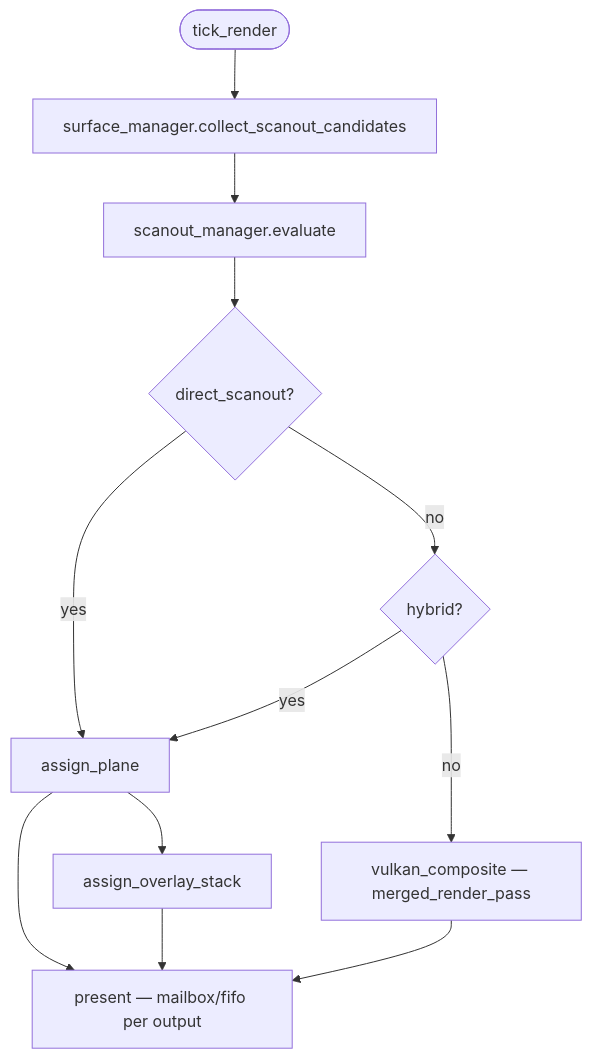
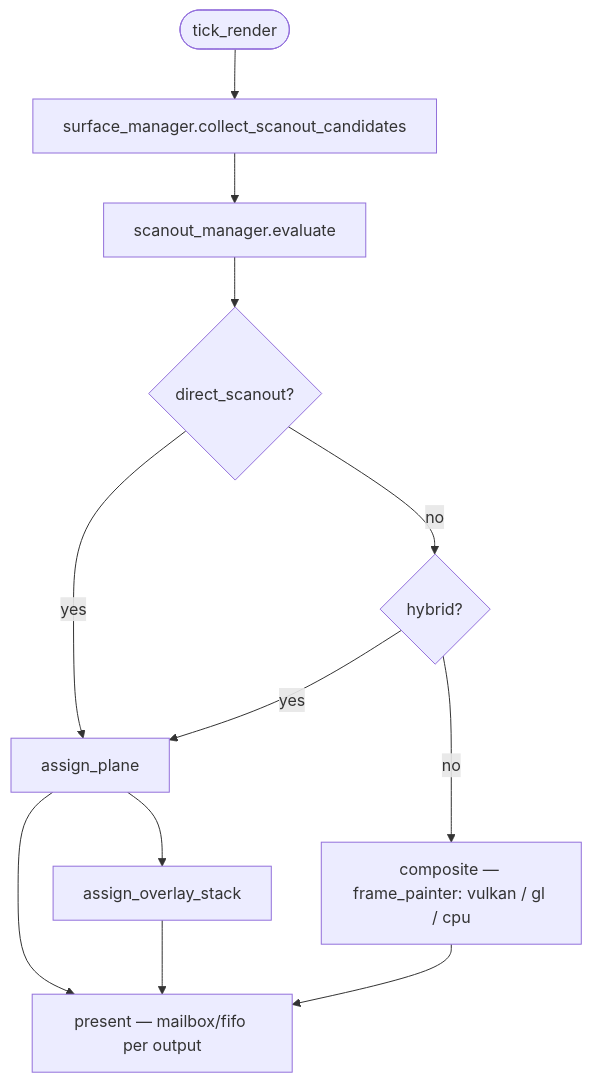
Before and after one commit to dimmus/lumen: the diagram in docs/subsystems/rendering-performance.md, drawn with Mermaid. The commit also changed other lines of this file and 25 other files, not shown here.

````diff
--- a/docs/subsystems/rendering-performance.md
+++ b/docs/subsystems/rendering-performance.md
@@ -655,19 +680,19 @@
 ```mermaid
 flowchart TD
     START([tick_render])
     CAND[surface_manager.collect_scanout_candidates]
     EVAL[scanout_manager.evaluate]
     DIRECT{direct_scanout?}
     HYBRID{hybrid?}
     PLANE[assign_plane]
     OVER[assign_overlay_stack]
-    VK[vulkan_composite — merged_render_pass]
+    VK[composite — frame_painter: vulkan / gl / cpu]
     PRESENT[present — mailbox/fifo per output]
 
     START --> CAND --> EVAL
     EVAL --> DIRECT
     DIRECT -->|yes| PLANE --> PRESENT
     DIRECT -->|no| HYBRID
     HYBRID -->|yes| PLANE --> OVER --> PRESENT
     HYBRID -->|no| VK --> PRESENT
 ```
````
